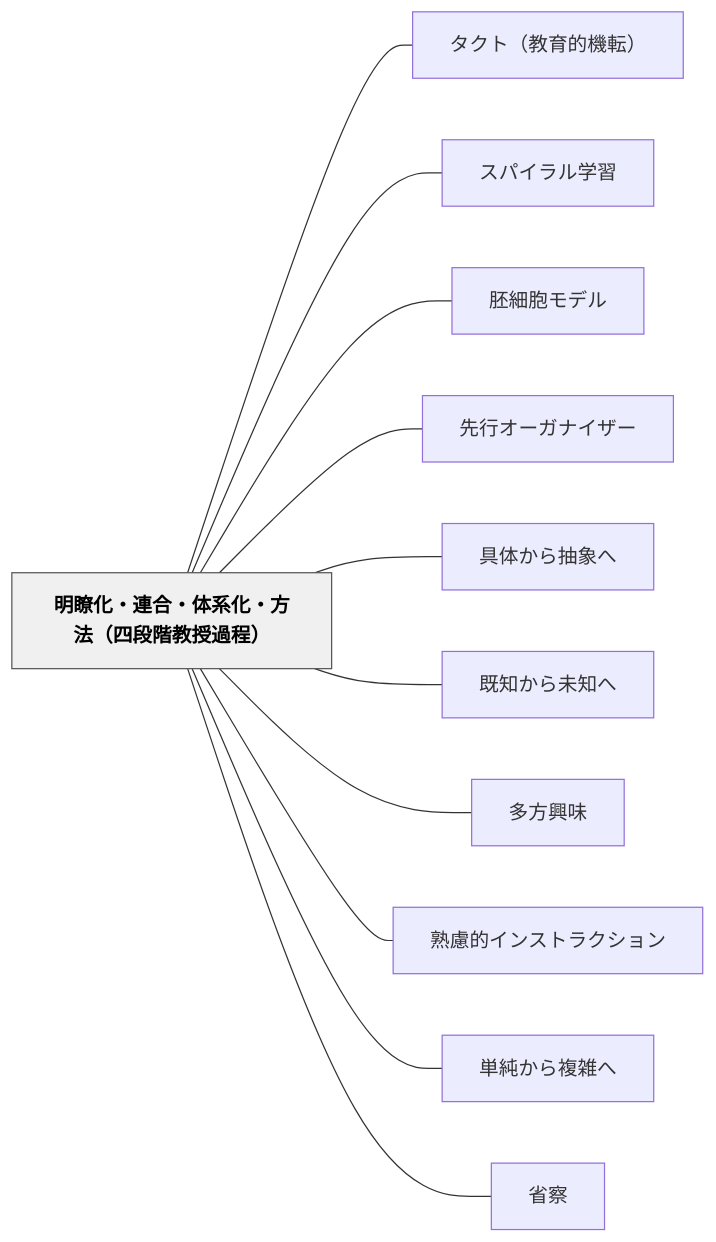
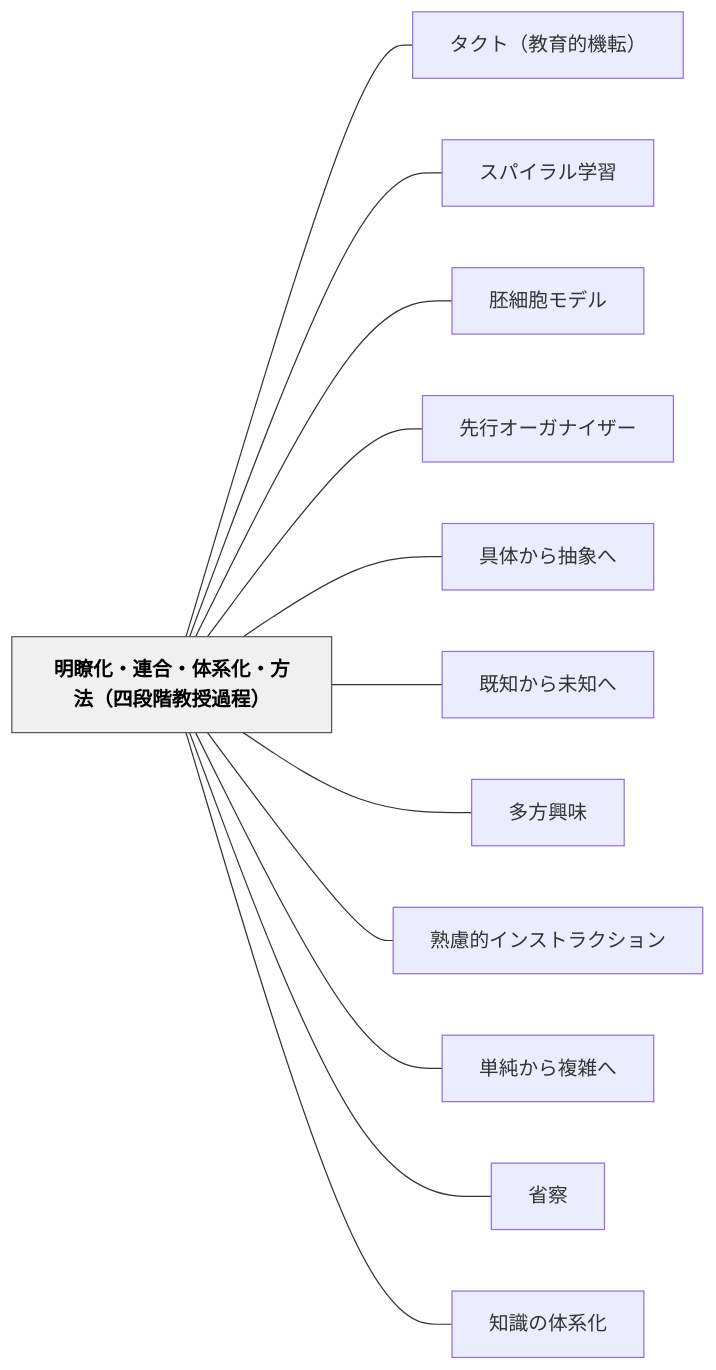
The diagram in content/パタン/明瞭化・連合・体系化・方法（四段階教授過程）.md (unknownthings-ed-patterns/unknownthings-ed-patterns), drawn with Mermaid before and after one commit. The commit also changed other lines of this file and 2 other files, not shown here.

Commit message:
auto: Obsidianから同期 2026-06-11 04:56

````diff
--- a/content/パタン/明瞭化・連合・体系化・方法（四段階教授過程）.md
+++ b/content/パタン/明瞭化・連合・体系化・方法（四段階教授過程）.md
@@ -118,28 +118,30 @@
 ```mermaid
 flowchart LR
     ne6988ee79eade58c96e383bbe980a3e59088e383bbe4bd93e7b3bbe58c96e383bbe696b9e6b395efbc88e59b9be6aeb5e99a8ee69599e68e88e9818ee7a88befbc89["明瞭化・連合・体系化・方法（四段階教授過程）"]
     ne382bfe382afe38388efbc88e69599e882b2e79a84e6a99fe8bba2efbc89["タクト（教育的機転）"]
     ne382b9e38391e382a4e383a9e383abe5ada6e7bf92["スパイラル学習"]
     ne8839ae7b4b0e8839ee383a2e38387e383ab["胚細胞モデル"]
     ne58588e8a18ce382aae383bce382ace3838ae382a4e382b6e383bc["先行オーガナイザー"]
     ne585b7e4bd93e3818be38289e68abde8b1a1e381b8["具体から抽象へ"]
     ne697a2e79fa5e3818be38289e69caae79fa5e381b8["既知から未知へ"]
     ne5a49ae696b9e88888e591b3["多方興味"]
     ne7869fe685aee79a84e382a4e383b3e382b9e38388e383a9e382afe382b7e383a7e383b3["熟慮的インストラクション"]
     ne58d98e7b494e3818be38289e8a487e99b91e381b8["単純から複雑へ"]
     ne79c81e5af9f["省察"]
+    ne79fa5e8ad98e381aee4bd93e7b3bbe58c96["知識の体系化"]
 
     ne6988ee79eade58c96e383bbe980a3e59088e383bbe4bd93e7b3bbe58c96e383bbe696b9e6b395efbc88e59b9be6aeb5e99a8ee69599e68e88e9818ee7a88befbc89 --- ne382bfe382afe38388efbc88e69599e882b2e79a84e6a99fe8bba2efbc89
     ne6988ee79eade58c96e383bbe980a3e59088e383bbe4bd93e7b3bbe58c96e383bbe696b9e6b395efbc88e59b9be6aeb5e99a8ee69599e68e88e9818ee7a88befbc89 --- ne382b9e38391e382a4e383a9e383abe5ada6e7bf92
     ne6988ee79eade58c96e383bbe980a3e59088e383bbe4bd93e7b3bbe58c96e383bbe696b9e6b395efbc88e59b9be6aeb5e99a8ee69599e68e88e9818ee7a88befbc89 --- ne8839ae7b4b0e8839ee383a2e38387e383ab
     ne6988ee79eade58c96e383bbe980a3e59088e383bbe4bd93e7b3bbe58c96e383bbe696b9e6b395efbc88e59b9be6aeb5e99a8ee69599e68e88e9818ee7a88befbc89 --- ne58588e8a18ce382aae383bce382ace3838ae382a4e382b6e383bc
     ne6988ee79eade58c96e383bbe980a3e59088e383bbe4bd93e7b3bbe58c96e383bbe696b9e6b395efbc88e59b9be6aeb5e99a8ee69599e68e88e9818ee7a88befbc89 --- ne585b7e4bd93e3818be38289e68abde8b1a1e381b8
     ne6988ee79eade58c96e383bbe980a3e59088e383bbe4bd93e7b3bbe58c96e383bbe696b9e6b395efbc88e59b9be6aeb5e99a8ee69599e68e88e9818ee7a88befbc89 --- ne697a2e79fa5e3818be38289e69caae79fa5e381b8
     ne6988ee79eade58c96e383bbe980a3e59088e383bbe4bd93e7b3bbe58c96e383bbe696b9e6b395efbc88e59b9be6aeb5e99a8ee69599e68e88e9818ee7a88befbc89 --- ne5a49ae696b9e88888e591b3
     ne6988ee79eade58c96e383bbe980a3e59088e383bbe4bd93e7b3bbe58c96e383bbe696b9e6b395efbc88e59b9be6aeb5e99a8ee69599e68e88e9818ee7a88befbc89 --- ne7869fe685aee79a84e382a4e383b3e382b9e38388e383a9e382afe382b7e383a7e383b3
     ne6988ee79eade58c96e383bbe980a3e59088e383bbe4bd93e7b3bbe58c96e383bbe696b9e6b395efbc88e59b9be6aeb5e99a8ee69599e68e88e9818ee7a88befbc89 --- ne58d98e7b494e3818be38289e8a487e99b91e381b8
     ne6988ee79eade58c96e383bbe980a3e59088e383bbe4bd93e7b3bbe58c96e383bbe696b9e6b395efbc88e59b9be6aeb5e99a8ee69599e68e88e9818ee7a88befbc89 --- ne79c81e5af9f
+    ne6988ee79eade58c96e383bbe980a3e59088e383bbe4bd93e7b3bbe58c96e383bbe696b9e6b395efbc88e59b9be6aeb5e99a8ee69599e68e88e9818ee7a88befbc89 --- ne79fa5e8ad98e381aee4bd93e7b3bbe58c96
 
     classDef hub fill:#f0f0f0,stroke:#555,color:#000,font-weight:bold
     class ne6988ee79eade58c96e383bbe980a3e59088e383bbe4bd93e7b3bbe58c96e383bbe696b9e6b395efbc88e59b9be6aeb5e99a8ee69599e68e88e9818ee7a88befbc89 hub
 ```
````
